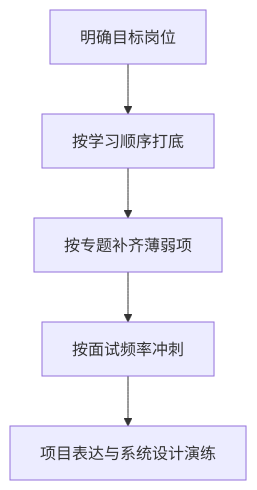
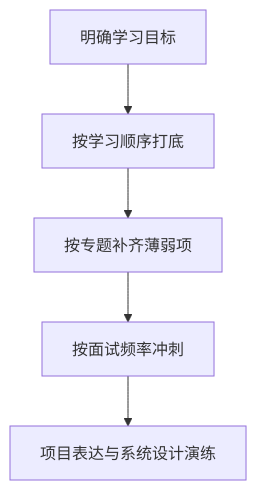
Before and after one commit to ZhcChen/Java-Summary: the diagram in docs/README.md, drawn with Mermaid. The commit also changed other lines of this file and 9 other files, not shown here.

````diff
--- a/docs/README.md
+++ b/docs/README.md
@@ -50,7 +51,7 @@
 ```mermaid
 flowchart TD
-    A["明确目标岗位"] --> B["按学习顺序打底"]
+    A["明确学习目标"] --> B["按学习顺序打底"]
     B --> C["按专题补齐薄弱项"]
     C --> D["按面试频率冲刺"]
     D --> E["项目表达与系统设计演练"]
 ```
````
